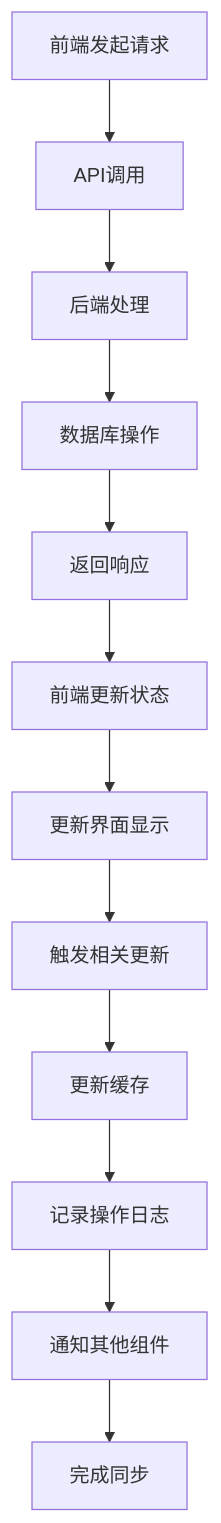
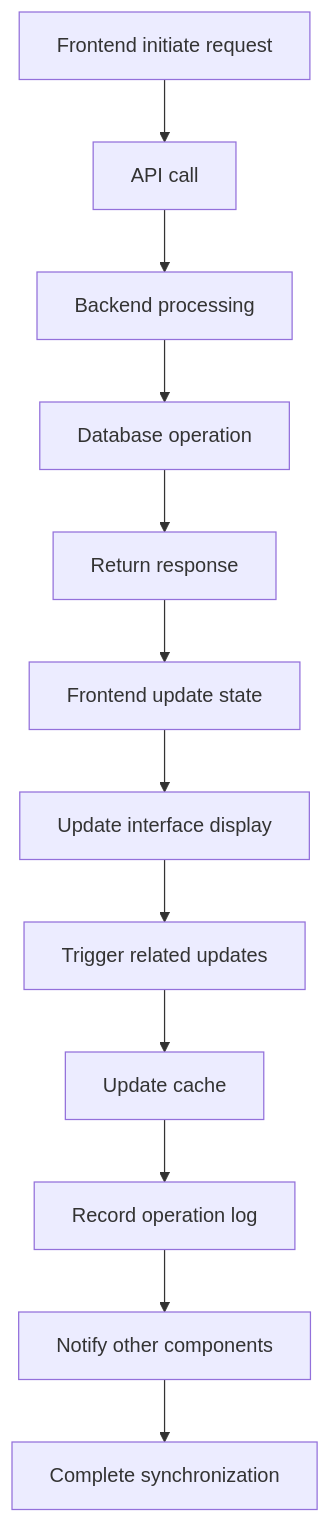
One commit to CDKStudy/Portfolio_Manager changed diagram 16 of 20 in FLOWCHARTS.md. Above: the diagram before and after it, drawn with Mermaid. The commit also changed other lines of this file, not shown here.

Commit message:
update flowchart

````diff
--- a/FLOWCHARTS.md
+++ b/FLOWCHARTS.md
@@ -386,14 +386,14 @@
 ```mermaid
 flowchart TD
-    A[前端发起请求] --> B[API调用]
-    B --> C[后端处理]
-    C --> D[数据库操作]
-    D --> E[返回响应]
-    E --> F[前端更新状态]
-    F --> G[更新界面显示]
-    G --> H[触发相关更新]
-    H --> I[更新缓存]
-    I --> J[记录操作日志]
-    J --> K[通知其他组件]
-    K --> L[完成同步]
+    A[Frontend initiate request] --> B[API call]
+    B --> C[Backend processing]
+    C --> D[Database operation]
+    D --> E[Return response]
+    E --> F[Frontend update state]
+    F --> G[Update interface display]
+    G --> H[Trigger related updates]
+    H --> I[Update cache]
+    I --> J[Record operation log]
+    J --> K[Notify other components]
+    K --> L[Complete synchronization]
 ```
````
